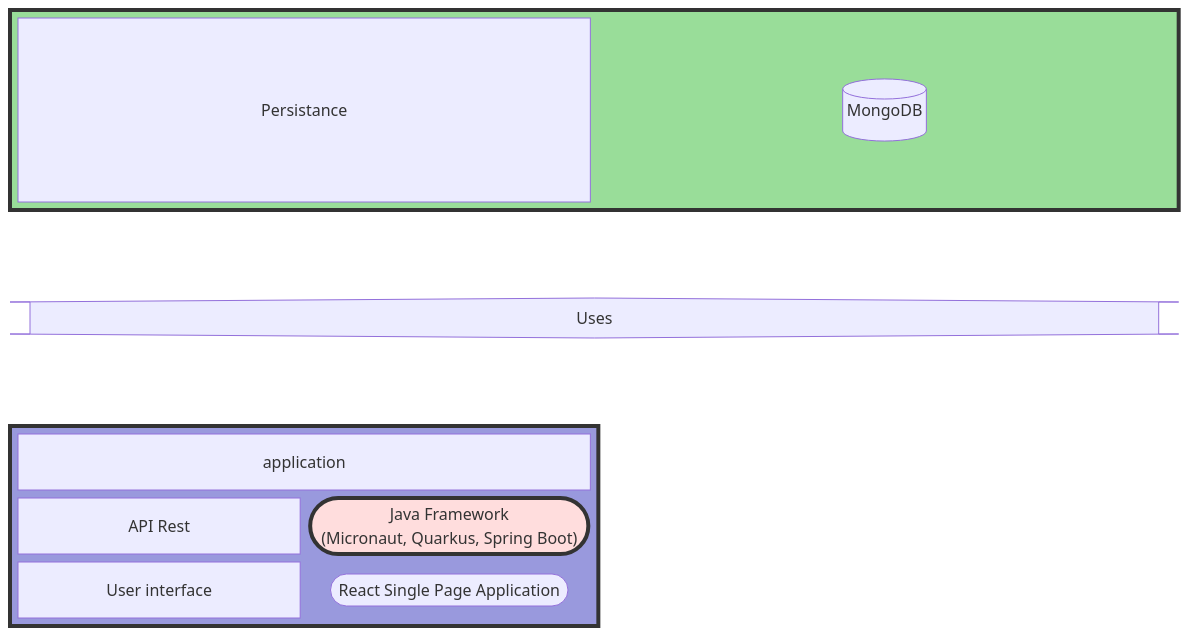
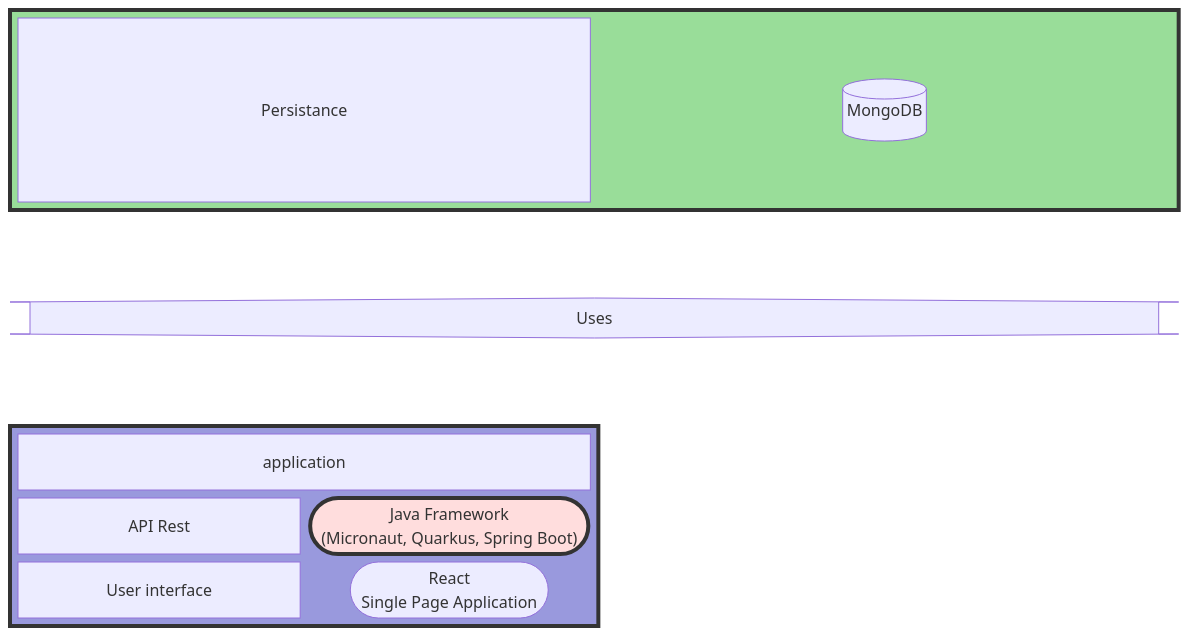
One commit to fugerit-org/turbo-photobook changed the second of 2 diagrams in src/main/docs/asciidoc/chapters/01_architecture.adoc. Above: the diagram before and after it, drawn with Mermaid. The commit also changed other lines of this file, not shown here.

Commit message:
Updated mermaid graphs

```diff
--- a/src/main/docs/asciidoc/chapters/01_architecture.adoc
+++ b/src/main/docs/asciidoc/chapters/01_architecture.adoc
@@ -38,22 +35,22 @@
 [mermaid, title="Software Architecture"]
 ....
 block-beta
 columns 2
 block:per:2
     columns 2
     persistance["Persistance"]:1
     mongo[("MongoDB")]
     style per fill:#9d9,stroke:#333,stroke-width:4px
 end
 blockArrowLink<["Uses"]>(up, down):2
 block:app
         columns 2
         application["application"]:2
         rest["API Rest"]
         backend(["Java Framework<br/>(Micronaut, Quarkus, Spring Boot)"]):1
         ui["User interface"]
-        react(["React Single Page Application"]):1
+        react(["React<br/>Single Page Application"]):1
         style backend fill:#fdd,stroke:#333,stroke-width:4px
         style app fill:#99d,stroke:#333,stroke-width:4px
     end
 ....
```
